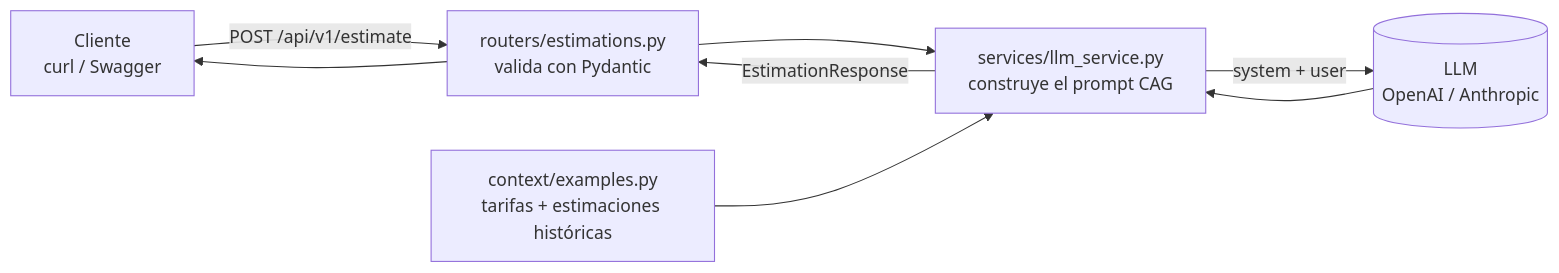
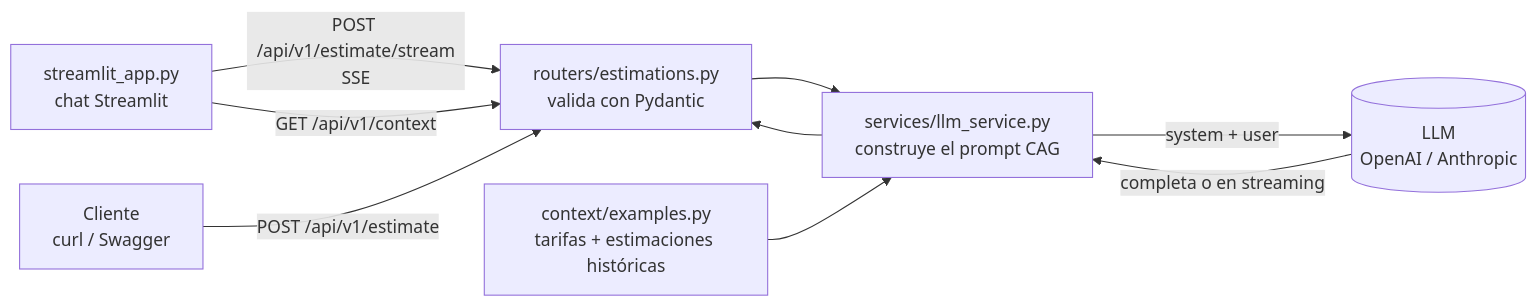
Before and after one commit to edutorres18/AIEngineering202609: the diagram in estimador-cag/README.md, drawn with Mermaid. The commit also changed other lines of this file and 9 other files, not shown here.

First line of the commit message:
feat(estimador-cag): interfaz de chat Streamlit con streaming (sesión 3)

````diff
--- a/estimador-cag/README.md
+++ b/estimador-cag/README.md
@@ -14,9 +18,11 @@
 ```mermaid
 flowchart LR
+    U[streamlit_app.py<br/>chat Streamlit] -->|POST /api/v1/estimate/stream<br/>SSE| R
+    U -->|GET /api/v1/context| R
     C[Cliente<br/>curl / Swagger] -->|POST /api/v1/estimate| R[routers/estimations.py<br/>valida con Pydantic]
     R --> S[services/llm_service.py<br/>construye el prompt CAG]
     X[context/examples.py<br/>tarifas + estimaciones históricas] --> S
     S -->|system + user| L[(LLM<br/>OpenAI / Anthropic)]
-    L --> S
-    S -->|EstimationResponse| R --> C
+    L -->|completa o en streaming| S
+    S --> R
 ```
````
